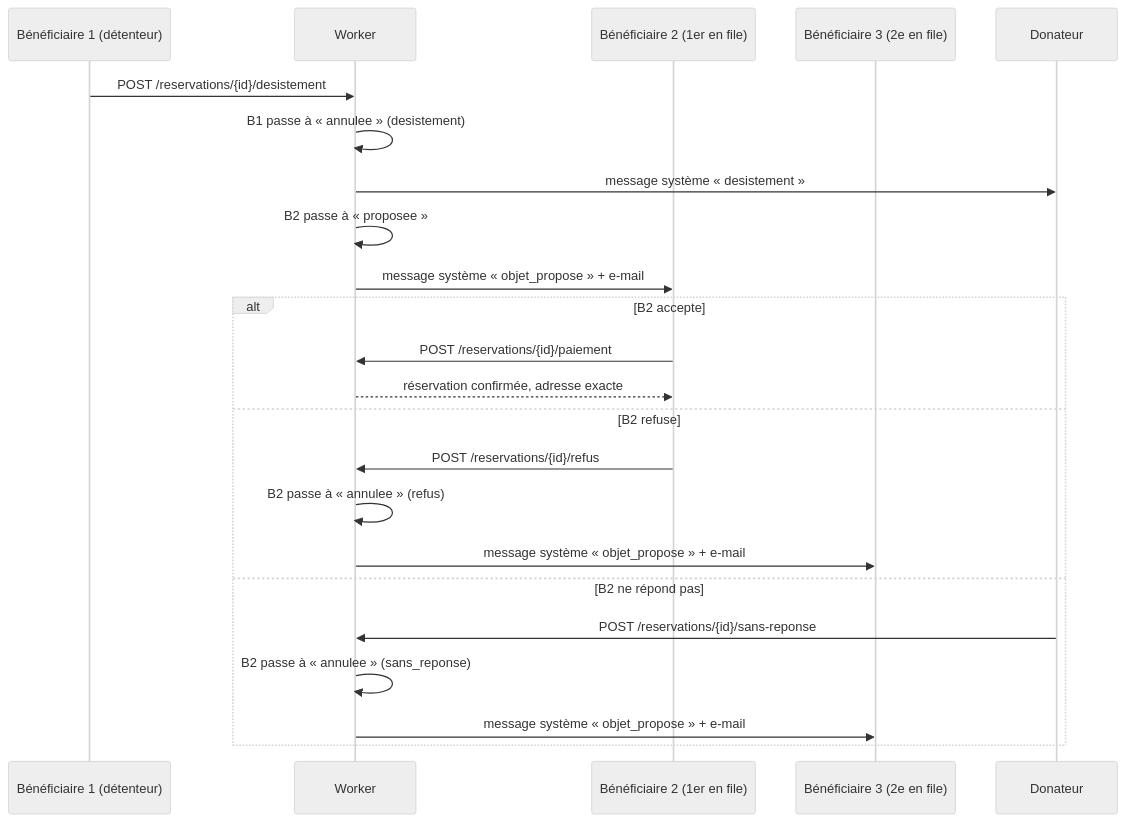
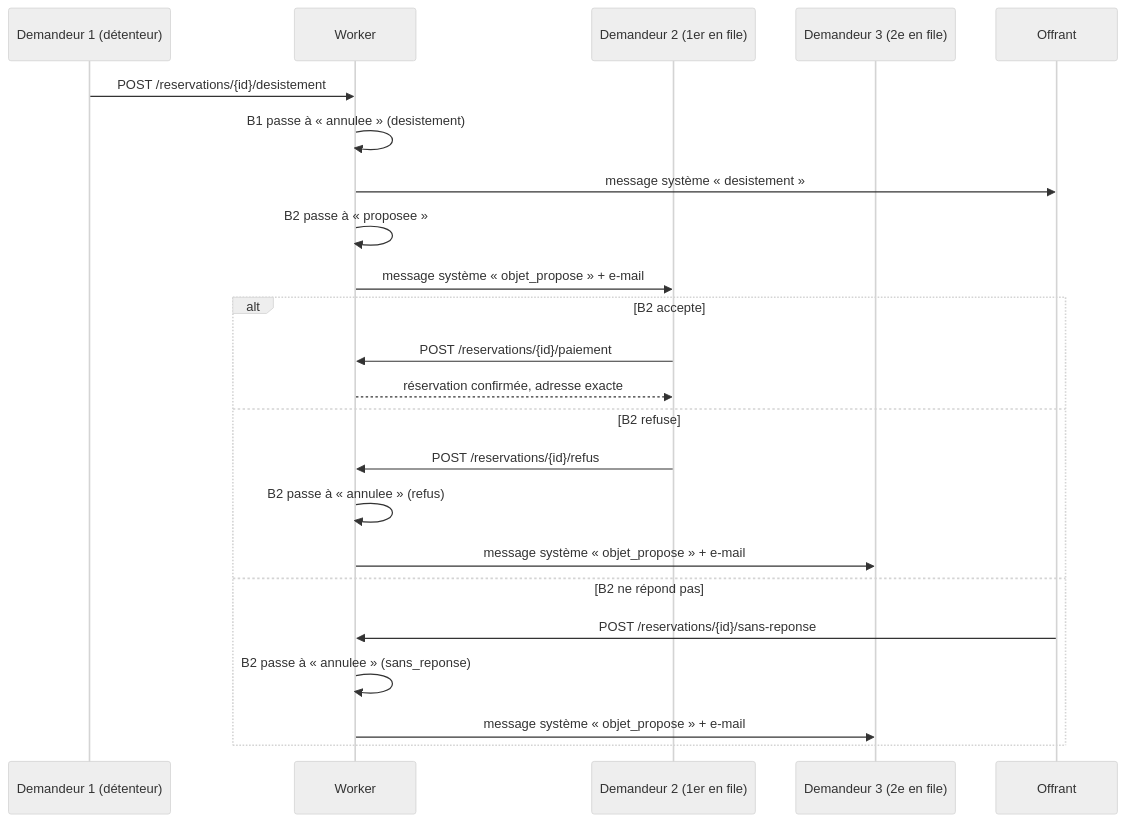
One commit to Lucas-ui/m2gdp-g6-don changed the fourth of 4 diagrams in specs/data-model.md. Above: the diagram before and after it, drawn with Mermaid (neutral theme). The commit also changed other lines of this file and 18 other files, not shown here.

First line of the commit message:
refactor: renommer donateur/beneficiaire en offrant/demandeur

````diff
--- a/specs/data-model.md
+++ b/specs/data-model.md
@@ -381,26 +381,26 @@
 ```mermaid
 sequenceDiagram
-    participant B1 as Bénéficiaire 1 (détenteur)
+    participant B1 as Demandeur 1 (détenteur)
     participant W as Worker
-    participant B2 as Bénéficiaire 2 (1er en file)
-    participant B3 as Bénéficiaire 3 (2e en file)
-    participant D as Donateur
+    participant B2 as Demandeur 2 (1er en file)
+    participant B3 as Demandeur 3 (2e en file)
+    participant D as Offrant
 
     B1->>W: POST /reservations/{id}/desistement
     W->>W: B1 passe à « annulee » (desistement)
     W->>D: message système « desistement »
     W->>W: B2 passe à « proposee »
     W->>B2: message système « objet_propose » + e-mail
     alt B2 accepte
         B2->>W: POST /reservations/{id}/paiement
         W-->>B2: réservation confirmée, adresse exacte
     else B2 refuse
         B2->>W: POST /reservations/{id}/refus
         W->>W: B2 passe à « annulee » (refus)
         W->>B3: message système « objet_propose » + e-mail
     else B2 ne répond pas
         D->>W: POST /reservations/{id}/sans-reponse
         W->>W: B2 passe à « annulee » (sans_reponse)
         W->>B3: message système « objet_propose » + e-mail
     end
 ```
````
